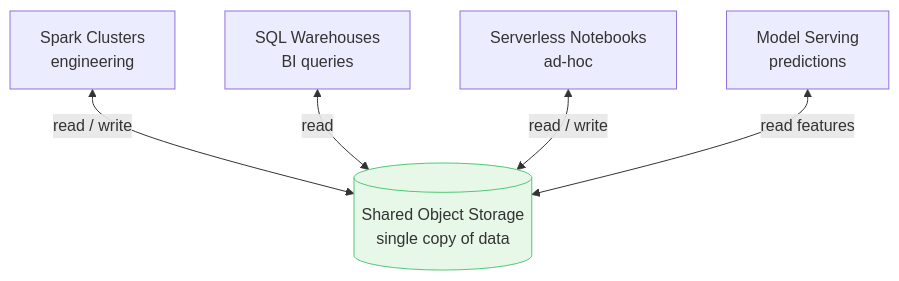
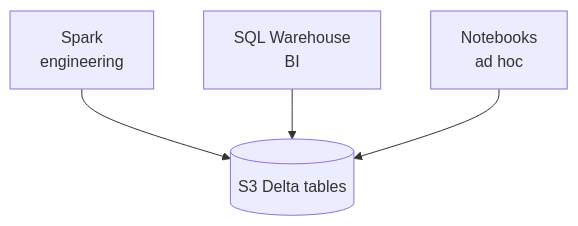
One commit to adnanrahin/adnanrahin.github.io changed the fifth of 5 diagrams in data-architecture/data-lakehouse.md. Above: the diagram before and after it, drawn with Mermaid. The commit also changed other lines of this file and 5 other files, not shown here.

````diff
--- a/data-architecture/data-lakehouse.md
+++ b/data-architecture/data-lakehouse.md
@@ -236,16 +126,10 @@
 ```mermaid
 flowchart TD
-    STORAGE[("Shared Object Storage<br/>single copy of data")]
-
-    SPARK["Spark Clusters<br/>engineering"]
-    SQLW["SQL Warehouses<br/>BI queries"]
-    NB["Serverless Notebooks<br/>ad-hoc"]
-    SERVE["Model Serving<br/>predictions"]
-
-    SPARK <-->|read / write| STORAGE
-    SQLW <-->|read| STORAGE
-    NB <-->|read / write| STORAGE
-    SERVE <-->|read features| STORAGE
-
-    style STORAGE fill:#E8F8E8,stroke:#50C878
+    STORAGE[("S3 Delta tables")]
+    SPARK["Spark<br/>engineering"]
+    SQLW["SQL Warehouse<br/>BI"]
+    NB["Notebooks<br/>ad hoc"]
+    SPARK --> STORAGE
+    SQLW --> STORAGE
+    NB --> STORAGE
 ```
````
